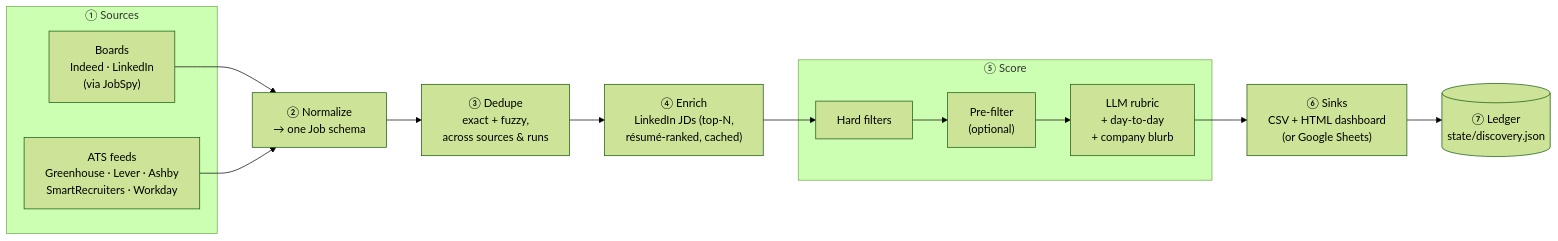
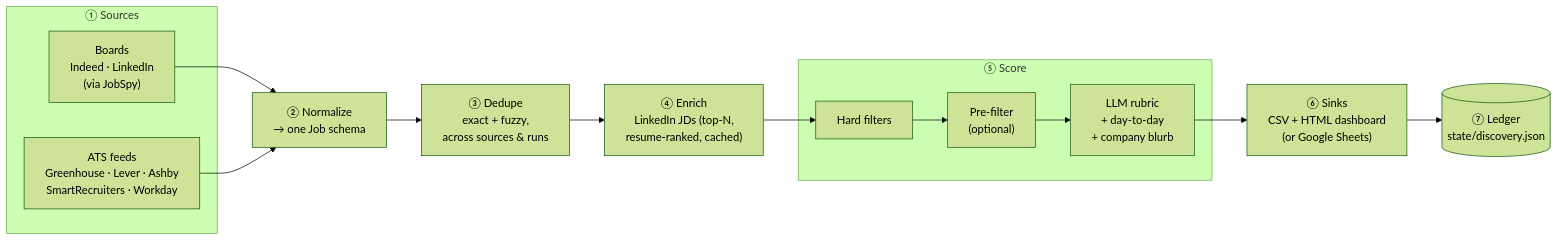
Before and after one commit to Treibs/job-scout: the first of 3 diagrams in README.md, drawn with Mermaid (forest theme). The commit also changed other lines of this file and 7 other files, not shown here.

First line of the commit message:
chore: use "resume" (not "résumé") throughout

````diff
--- a/README.md
+++ b/README.md
@@ -45,17 +45,17 @@
 ```mermaid
 flowchart LR
   subgraph SRC["① Sources"]
     B["Boards<br/>Indeed · LinkedIn<br/>(via JobSpy)"]
     A["ATS feeds<br/>Greenhouse · Lever · Ashby<br/>SmartRecruiters · Workday"]
   end
   B --> N["② Normalize<br/>→ one Job schema"]
   A --> N
   N --> D["③ Dedupe<br/>exact + fuzzy,<br/>across sources & runs"]
-  D --> E["④ Enrich<br/>LinkedIn JDs (top-N,<br/>résumé-ranked, cached)"]
+  D --> E["④ Enrich<br/>LinkedIn JDs (top-N,<br/>resume-ranked, cached)"]
   E --> HF
   subgraph SCORE["⑤ Score"]
     HF["Hard filters"] --> PF["Pre-filter<br/>(optional)"] --> LLM["LLM rubric<br/>+ day-to-day<br/>+ company blurb"]
   end
   LLM --> SINK["⑥ Sinks<br/>CSV + HTML dashboard<br/>(or Google Sheets)"]
   SINK --> L[("⑦ Ledger<br/>state/discovery.json")]
 ```
````
